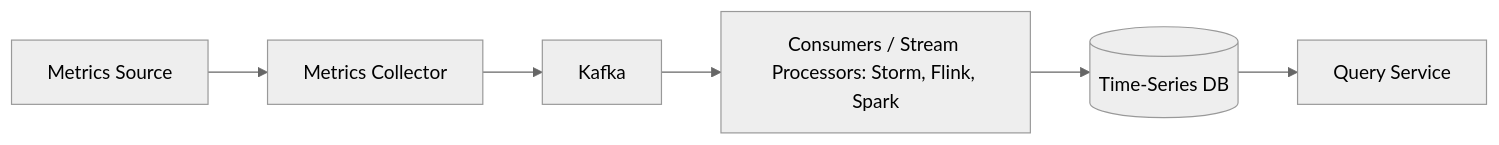
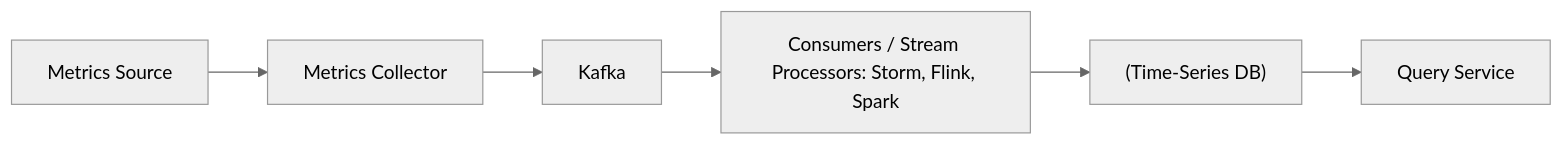
One commit to pankajThakur1874/studysheet changed the third of 4 diagrams in files/Book-System-Design-Vol-2/05-metrics-monitoring-alerting.md. Above: the diagram before and after it, drawn with Mermaid (neutral theme). The commit also changed other lines of this file and 102 other files, not shown here.

Commit message:
Auto-fix Mermaid diagram syntax across all study guides to prevent Syntax Error in Mermaid v10

````diff
--- a/files/Book-System-Design-Vol-2/05-metrics-monitoring-alerting.md
+++ b/files/Book-System-Design-Vol-2/05-metrics-monitoring-alerting.md
@@ -104,8 +104,8 @@
 ```mermaid
 flowchart LR
     MS[Metrics Source] --> MC[Metrics Collector]
     MC --> K[Kafka]
-    K --> CONS[Consumers / Stream Processors: Storm, Flink, Spark]
-    CONS --> TSDB[(Time-Series DB)]
+    K --> CONS["Consumers / Stream Processors: Storm, Flink, Spark"]
+    CONS --> TSDB["(Time-Series DB)"]
     TSDB --> QS[Query Service]
 ```
````
